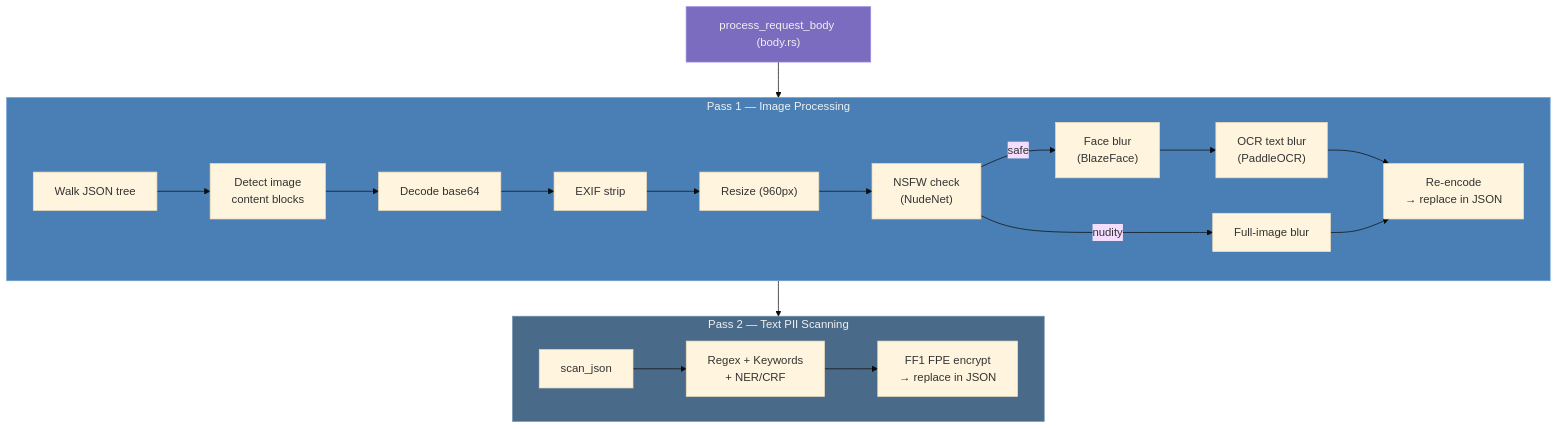
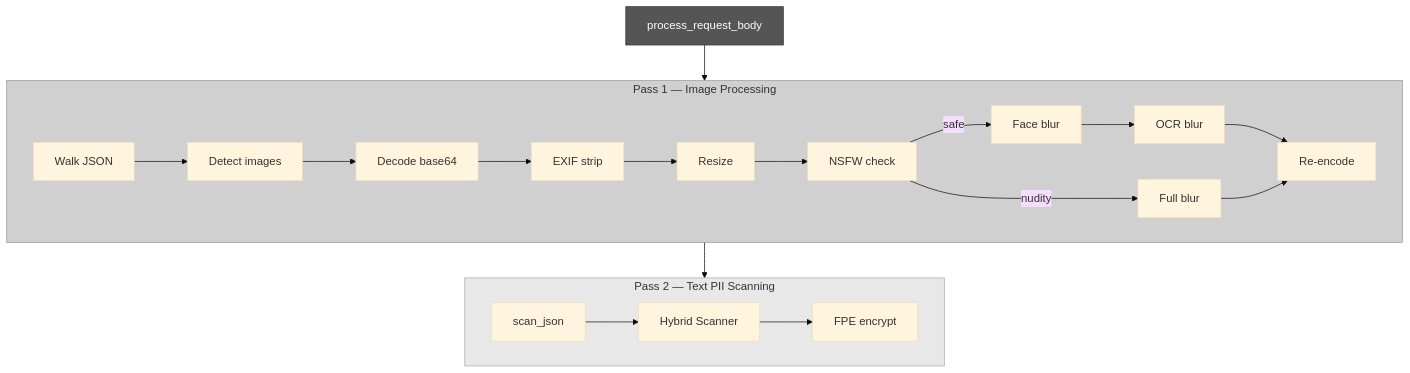
Before and after one commit to OpenObscure/OpenObscure: diagram 14 of 14 in ARCHITECTURE.md, drawn with Mermaid (base theme). The commit also changed other lines of this file and 4 other files, not shown here.

First line of the commit message:
Convert all mermaid diagrams to grayscale and fix text/box overlaps

````diff
--- a/ARCHITECTURE.md
+++ b/ARCHITECTURE.md
@@ -630,31 +630,31 @@
 ```mermaid
 flowchart TB
-    entry["process_request_body (body.rs)"]
+    entry["process_request_body"]
 
     subgraph pass1 ["Pass 1 — Image Processing"]
         direction LR
-        walk["Walk JSON tree"] --> detect["Detect image<br>content blocks"]
+        walk["Walk JSON"] --> detect["Detect images"]
         detect --> decode["Decode base64"]
         decode --> exif["EXIF strip"]
-        exif --> resize["Resize (960px)"]
-        resize --> nsfw["NSFW check<br>(NudeNet)"]
-        nsfw -->|"safe"| face["Face blur<br>(BlazeFace)"]
-        nsfw -->|"nudity"| fullblur["Full-image blur"]
-        face --> ocr["OCR text blur<br>(PaddleOCR)"]
-        ocr --> encode["Re-encode<br>→ replace in JSON"]
+        exif --> resize["Resize"]
+        resize --> nsfw["NSFW check"]
+        nsfw -->|"safe"| face["Face blur"]
+        nsfw -->|"nudity"| fullblur["Full blur"]
+        face --> ocr["OCR blur"]
+        ocr --> encode["Re-encode"]
         fullblur --> encode
     end
 
     subgraph pass2 ["Pass 2 — Text PII Scanning"]
         direction LR
-        scan["scan_json"] --> match["Regex + Keywords<br>+ NER/CRF"]
-        match --> encrypt["FF1 FPE encrypt<br>→ replace in JSON"]
+        scan["scan_json"] --> match["Hybrid Scanner"]
+        match --> encrypt["FPE encrypt"]
     end
 
     entry --> pass1
     pass1 --> pass2
 
-    style entry fill:#7c6cbf,stroke:#9c8cdf,color:#f0f0f0
-    style pass1 fill:#4a7fb5,stroke:#6a9fd5,color:#f0f0f0
-    style pass2 fill:#4a6a8a,stroke:#6a8aaa,color:#f0f0f0
+    style entry fill:#555,stroke:#333,color:#fff
+    style pass1 fill:#d0d0d0,stroke:#999,color:#333
+    style pass2 fill:#e8e8e8,stroke:#aaa,color:#333
 ```
````
